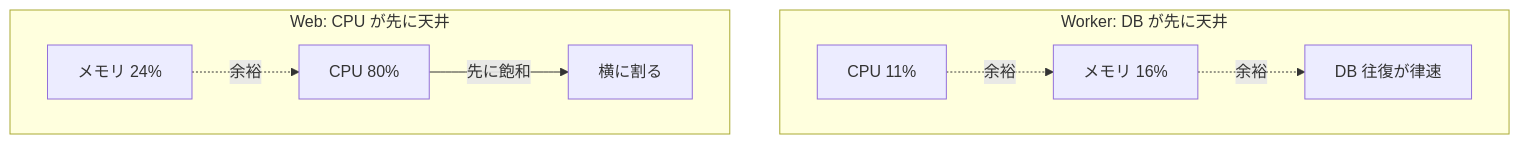
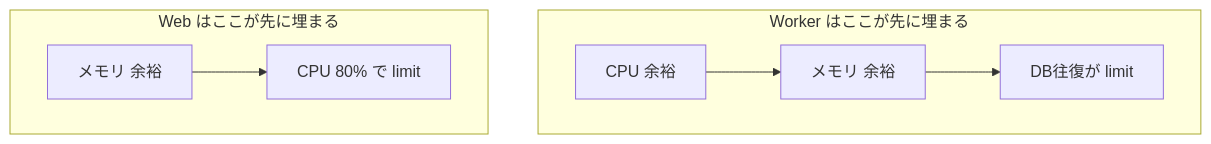
The seventh of 7 diagrams in docs/worked-examples.md (aq35/sample_manual), drawn with Mermaid before and after one commit. The commit also changed other lines of this file, not shown here.

````diff
--- a/docs/worked-examples.md
+++ b/docs/worked-examples.md
@@ -176,9 +190,11 @@
 ```mermaid
 flowchart TB
-  subgraph WK["Worker: DB が先に天井"]
-    W1["CPU 11%"] -.余裕.-> W2["メモリ 16%"] -.余裕.-> W3["DB 往復が律速"]
+  subgraph WK["Worker はここが先に埋まる"]
+    direction LR
+    W1["CPU 余裕"] --> W2["メモリ 余裕"] --> W3["DB往復が limit"]
   end
-  subgraph WB["Web: CPU が先に天井"]
-    B1["メモリ 24%"] -.余裕.-> B2["CPU 80%"] -->|"先に飽和"| B3["横に割る"]
+  subgraph WB["Web はここが先に埋まる"]
+    direction LR
+    B1["メモリ 余裕"] --> B2["CPU 80% で limit"]
   end
 ```
````
